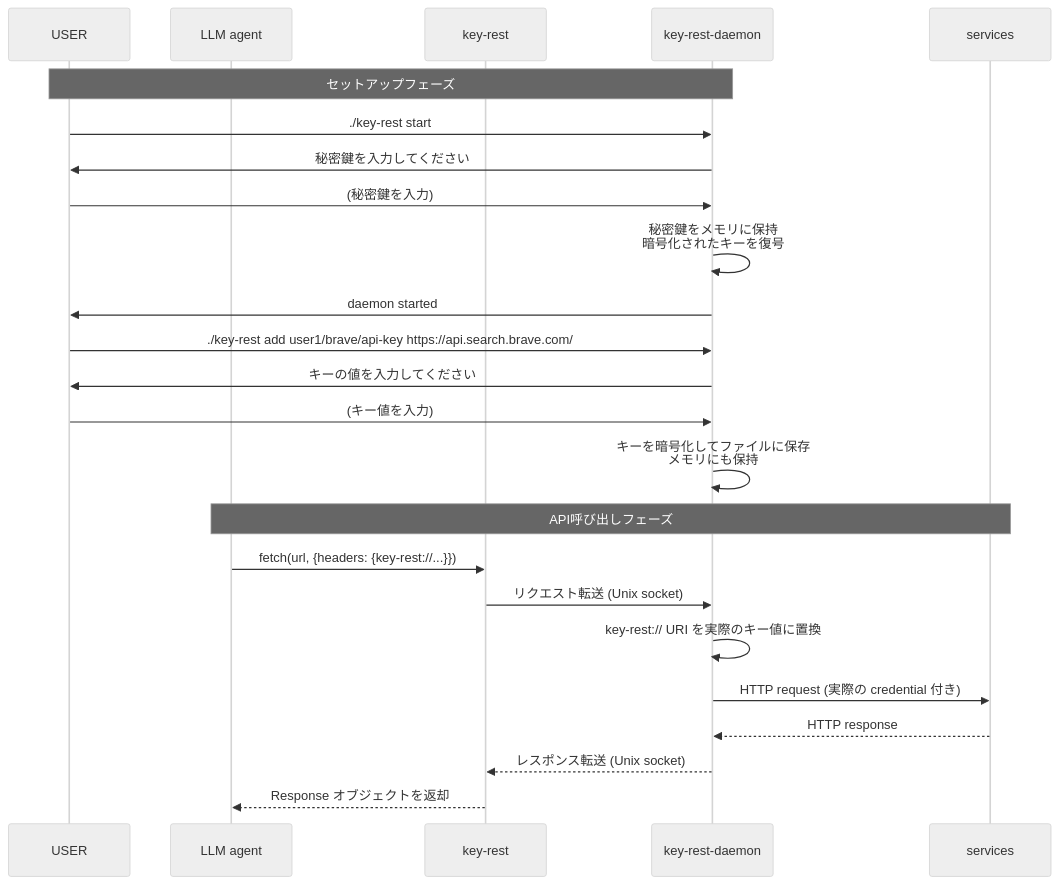
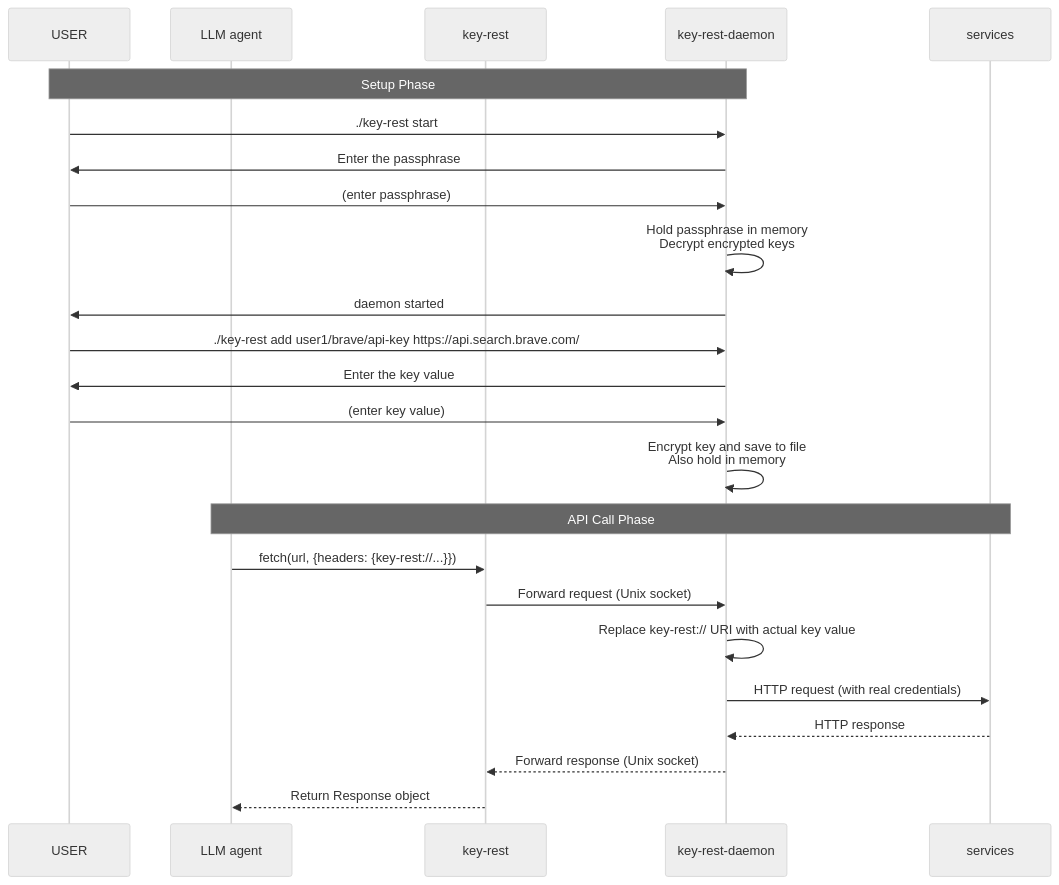
One commit to koteitan/key-rest changed the second of 3 diagrams in spec.md. Above: the diagram before and after it, drawn with Mermaid (neutral theme). The commit also changed other lines of this file and 63 other files, not shown here.

````diff
--- a/spec.md
+++ b/spec.md
@@ -25,29 +27,29 @@
 ```mermaid
 sequenceDiagram
     participant U as USER
     participant A as LLM agent
     participant K as key-rest
     participant D as key-rest-daemon
     participant S as services
 
-    Note over U,D: セットアップフェーズ
+    Note over U,D: Setup Phase
     U->>D: ./key-rest start
-    D->>U: 秘密鍵を入力してください
-    U->>D: (秘密鍵を入力)
-    D->>D: 秘密鍵をメモリに保持<br/>暗号化されたキーを復号
+    D->>U: Enter the passphrase
+    U->>D: (enter passphrase)
+    D->>D: Hold passphrase in memory<br/>Decrypt encrypted keys
     D->>U: daemon started
 
     U->>D: ./key-rest add user1/brave/api-key https://api.search.brave.com/
-    D->>U: キーの値を入力してください
-    U->>D: (キー値を入力)
-    D->>D: キーを暗号化してファイルに保存<br/>メモリにも保持
+    D->>U: Enter the key value
+    U->>D: (enter key value)
+    D->>D: Encrypt key and save to file<br/>Also hold in memory
 
-    Note over A,S: API呼び出しフェーズ
+    Note over A,S: API Call Phase
     A->>K: fetch(url, {headers: {key-rest://...}})
-    K->>D: リクエスト転送 (Unix socket)
-    D->>D: key-rest:// URI を実際のキー値に置換
-    D->>S: HTTP request (実際の credential 付き)
+    K->>D: Forward request (Unix socket)
+    D->>D: Replace key-rest:// URI with actual key value
+    D->>S: HTTP request (with real credentials)
     S-->>D: HTTP response
-    D-->>K: レスポンス転送 (Unix socket)
-    K-->>A: Response オブジェクトを返却
+    D-->>K: Forward response (Unix socket)
+    K-->>A: Return Response object
 ```
````
